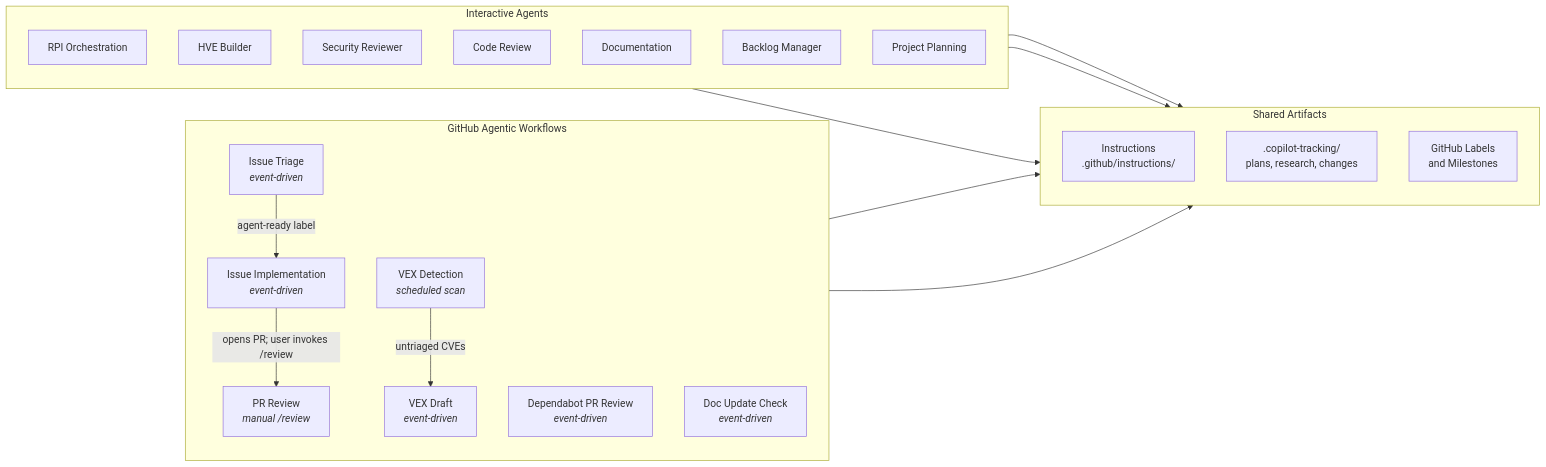
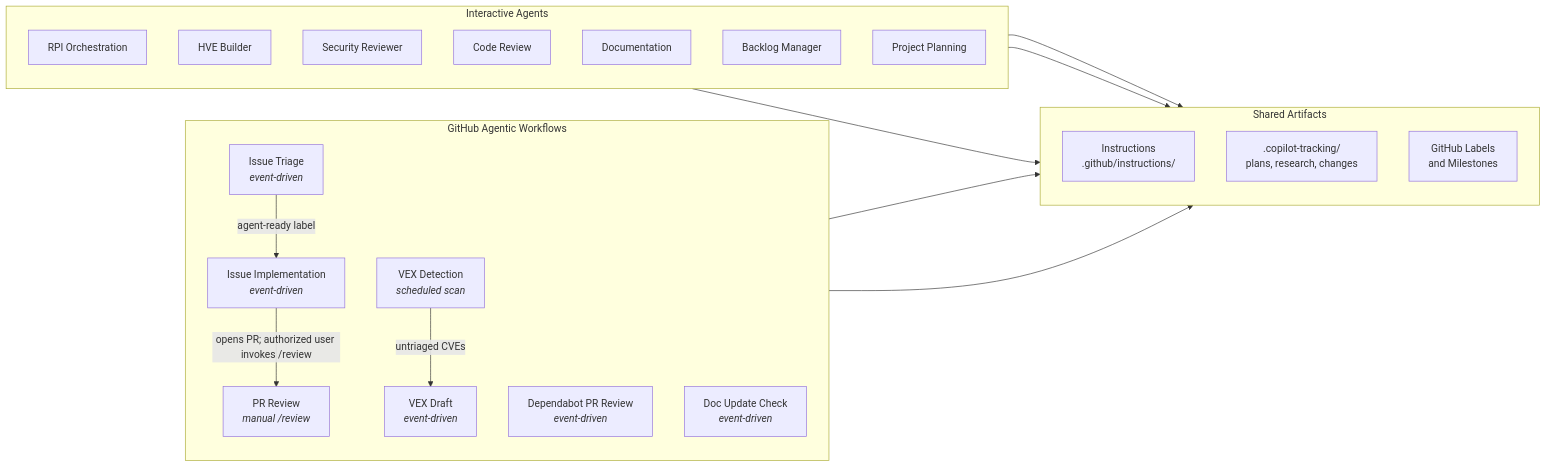
Before and after one commit to microsoft/hve-core: the third of 3 diagrams in docs/architecture/agentic-workflows.md, drawn with Mermaid. The commit also changed other lines of this file, not shown here.

First line of the commit message:
docs(architecture): align PR review outcomes

````diff
--- a/docs/architecture/agentic-workflows.md
+++ b/docs/architecture/agentic-workflows.md
@@ -224,40 +232,40 @@
 ```mermaid
 flowchart LR
     subgraph AUTOMATED["GitHub Agentic Workflows"]
         direction TB
         TRIAGE["Issue Triage<br/><i>event-driven</i>"]
         IMPL["Issue Implementation<br/><i>event-driven</i>"]
         REVIEW["PR Review<br/><i>manual /review</i>"]
         DEPEND["Dependabot PR Review<br/><i>event-driven</i>"]
         DOCS["Doc Update Check<br/><i>event-driven</i>"]
         VEX_DETECT["VEX Detection<br/><i>scheduled scan</i>"]
         VEX_DRAFT["VEX Draft<br/><i>event-driven</i>"]
         TRIAGE -- "agent-ready label" --> IMPL
-        IMPL -- "opens PR; user invokes /review" --> REVIEW
+        IMPL -- "opens PR; authorized user invokes /review" --> REVIEW
         VEX_DETECT -- "untriaged CVEs" --> VEX_DRAFT
     end
 
     subgraph INTERACTIVE["Interactive Agents"]
         direction TB
         RPI["RPI Orchestration"]
         HB["HVE Builder"]
         SR["Security Reviewer"]
         CR["Code Review"]
         DOC["Documentation"]
         BM["Backlog Manager"]
         PP["Project Planning"]
     end
 
     subgraph ARTIFACTS["Shared Artifacts"]
         direction TB
         INST["Instructions<br/>.github/instructions/"]
         TRACK[".copilot-tracking/<br/>plans, research, changes"]
         LABELS["GitHub Labels<br/>and Milestones"]
     end
 
     AUTOMATED --> INST
     INTERACTIVE --> INST
     RPI --> TRACK
     BM --> LABELS
     TRIAGE --> LABELS
 ```
````
